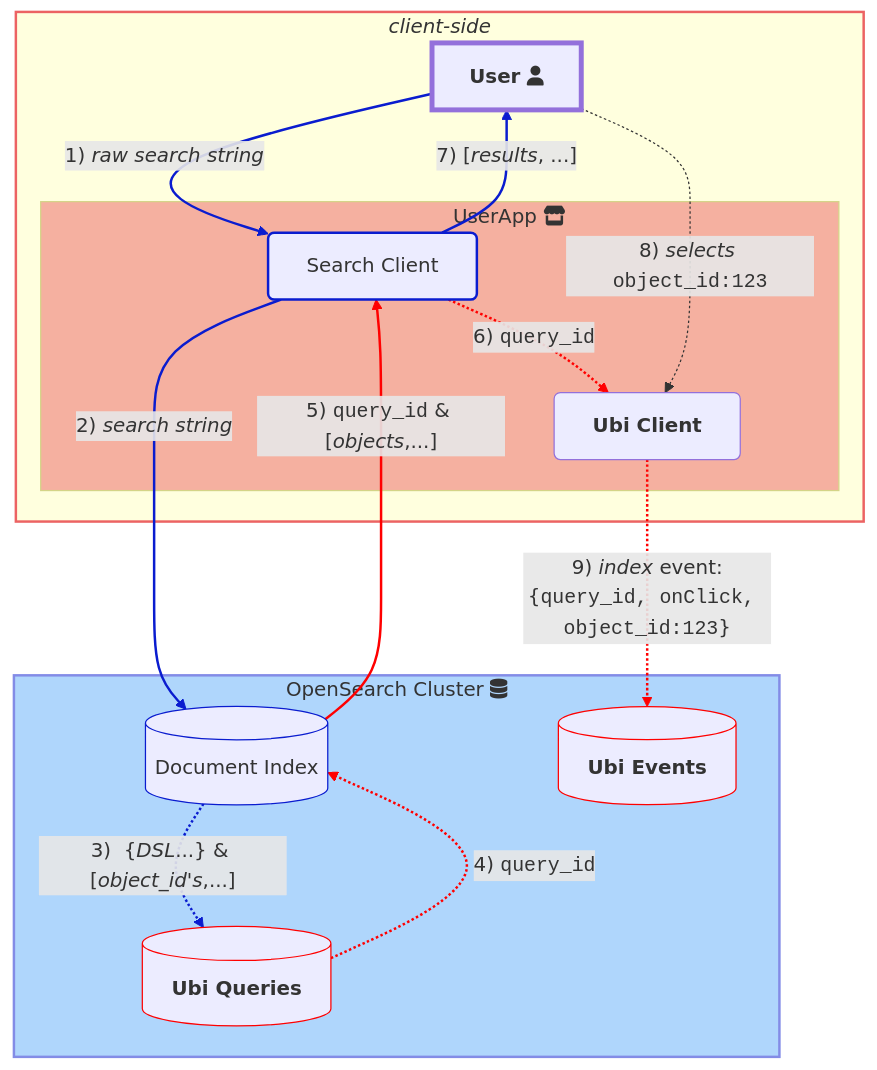
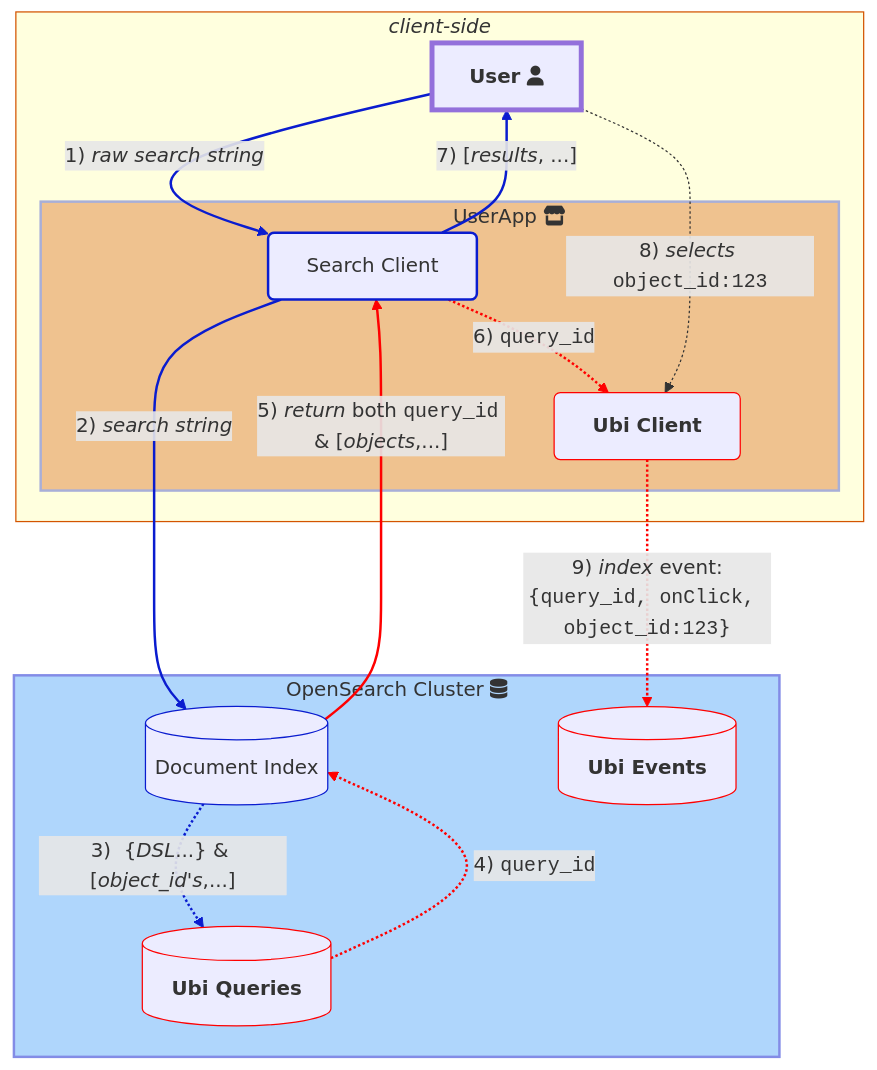
The second of 2 diagrams in documentation/schemas.md (o19s/opensearch-ubi), drawn with Mermaid before and after one commit. The commit also changed other lines of this file and 1 other file, not shown here.

````diff
--- a/documentation/schemas.md
+++ b/documentation/schemas.md
@@ -39,45 +51,46 @@
 ```mermaid
 %%{init: {
     "flowchart": {"htmlLabels": false},
 
     } 
 }%%
 graph TB
 
 User--1) <i>raw search string</i>-->Search;    
 Search--2) <i>search string</i>-->Docs 
 style OS stroke-width:2px, stroke:#0A1CCF, fill:#62affb, opacity:.5
 subgraph OS[OpenSearch Cluster fa:fa-database]
     style E stroke-width:1px,stroke:red
     E[(&emsp;<b>Ubi Events</b>&emsp;)]
     style Docs stroke-width:1px,stroke:#0A1CCF
     style Q stroke-width:1px,stroke:red
     Docs[(Document Index)] -."3)  {<i>DSL</i>...} & [<i>object_id's</i>,...]".-> Q[(&emsp;<b>Ubi Queries</b>&emsp;)];  
     Q -.4) <span style="font-family:Courier New">query_id</span>.-> Docs ;   
 end
 
-Docs -- "5) <span style="font-family:Courier New">query_id</span> & [<i>objects</i>,...]" --->Search ;
+Docs -- "5) <i>return</i> both <span style="font-family:Courier New">query_id</span> & [<i>objects</i>,...]" --->Search ;
 Search-.6)  <span style="font-family:Courier New">query_id</span>.->U;
 Search --7) [<i>results</i>, ...]--> User
 
-style *client-side* stroke-width:2px, stroke:#EC6363
+style *client-side* stroke-width:1px, stroke:#D35400
 subgraph "`*client-side*`"
     style User stroke-width:4px, stroke:#EC636
     User["`**User**`" fa:fa-user]
     App
     Search    
     U
-    style App fill:#EC6363,opacity:.5
+    style App fill:#D35400,opacity:.35, stroke:#0A1CCF, stroke-width:2px
     subgraph App[&emsp;&emsp;&emsp;&emsp;&emsp;&emsp;&emsp;UserApp fa:fa-store]
         style Search stroke-width:2px, stroke:#0A1CCF
         Search(&emsp;Search Client&emsp;)        
+        style U stroke-width:1px,stroke:red
         U(&emsp;<b>Ubi Client</b>&emsp;)
     end
 end
 
 User -.8) <i>selects</i> <span style="font-family:Courier New">object_id:123</span>.->U;
 U-."9) <i>index</i> event:{<span style="font-family:Courier New">query_id, onClick, object_id:123</span>}".->E;
 
 linkStyle 1,2,0,6 stroke-width:2px,fill:none,stroke:#0A1CCF
 linkStyle 3,4,5,8 stroke-width:2px,fill:none,stroke:red
 ```
````
